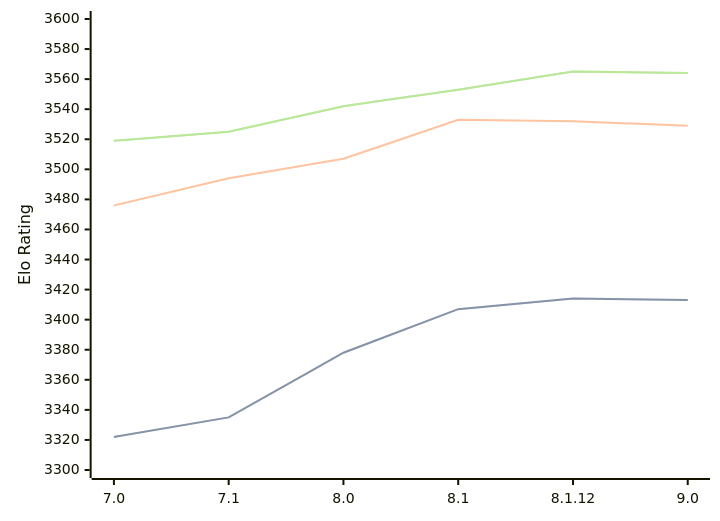
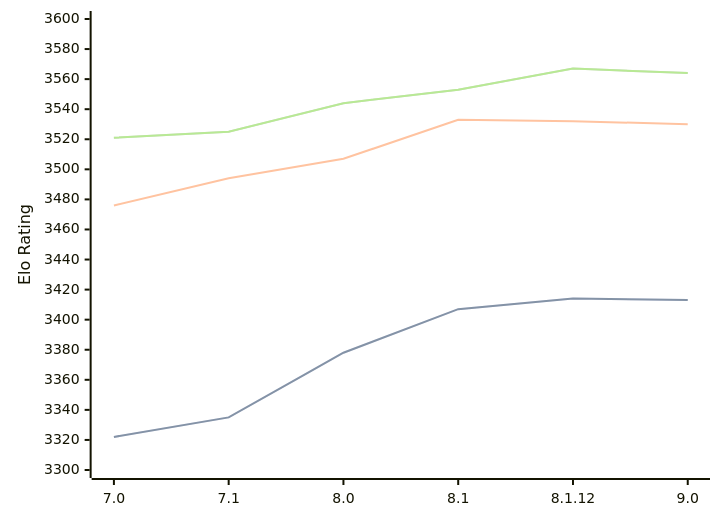
One commit to computer-chess-index/cci changed the third of 3 diagrams in engines/Alexandria.md. Above: the diagram before and after it, drawn with Mermaid. The commit also changed other lines of this file, not shown here.

Commit message:
Update CCI Ratings (ELO VLTC) - 2026-06-30

````diff
--- a/engines/Alexandria.md
+++ b/engines/Alexandria.md
@@ -88,11 +88,11 @@
 ```mermaid
 %%{init: {"theme":"base","themeVariables":{"seriesColors:['#a3a3a3','#222221','#faa371']}}}%%
 xychart-beta
   x-axis ["7.0", "7.1", "8.0", "8.1", "8.1.12", "9.0"]
   y-axis "Elo Rating" 3300 --> 3600
   line "STC (8.0+0.08s)" [3322, 3335, 3378, 3407, 3414, 3413]
   line "STC (8.0+0.08s)" [3322, 3335, 3378, 3407, 3414, 3413]
-  line "LTC (60.0+0.60s)" [3476, 3494, 3507, 3533, 3532, 3529]
-  line "VLTC (2m24s+1.12s)" [3519, 3525, 3542, 3553, 3565, 3564]
-  line "VLTC (2m24s+1.12s)" [3519, 3525, 3542, 3553, 3565, 3564]
+  line "LTC (60.0+0.60s)" [3476, 3494, 3507, 3533, 3532, 3530]
+  line "VLTC (2m24s+1.12s)" [3521, 3525, 3544, 3553, 3567, 3564]
+  line "VLTC (2m24s+1.12s)" [3521, 3525, 3544, 3553, 3567, 3564]
 ```
````
